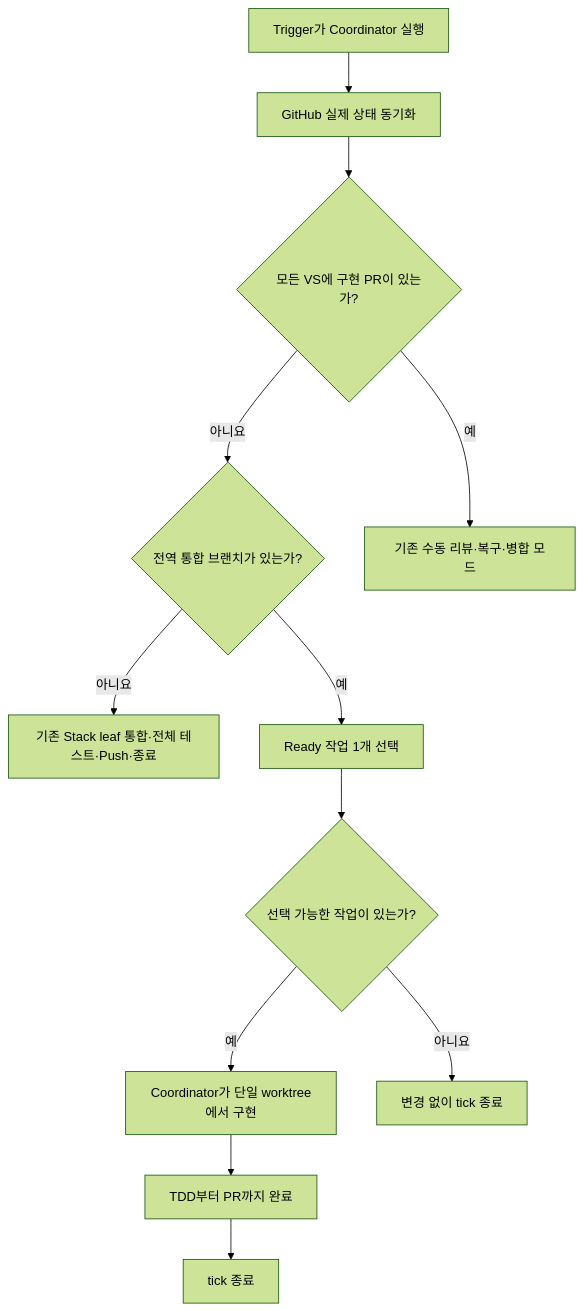
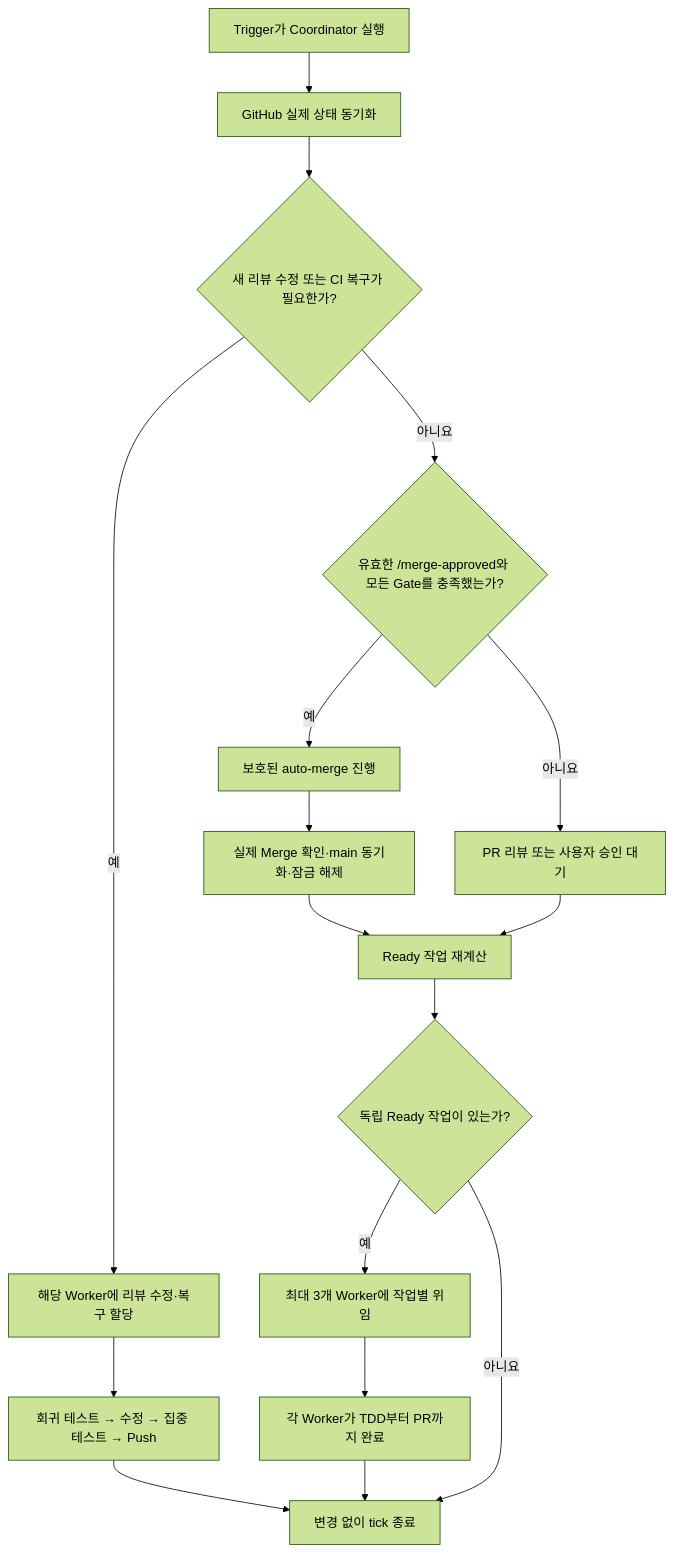
The second of 6 diagrams in docs/workflow/AGENT_WORKFLOW_GUIDE.md (OpenSeedDev/openseed-be), drawn with Mermaid (forest theme) before and after one commit. The commit also changed other lines of this file and 15 other files, not shown here.

Commit message:
chore: 병렬 수직 슬라이스 워크플로우 복원

````diff
--- a/docs/workflow/AGENT_WORKFLOW_GUIDE.md
+++ b/docs/workflow/AGENT_WORKFLOW_GUIDE.md
@@ -111,14 +106,19 @@
 ```mermaid
 flowchart TD
   A["Trigger가 Coordinator 실행"] --> B["GitHub 실제 상태 동기화"]
-  B --> C{"모든 VS에 구현 PR이 있는가?"}
-  C -- "아니요" --> T{"전역 통합 브랜치가 있는가?"}
-  T -- "아니요" --> U["기존 Stack leaf 통합·전체 테스트·Push·종료"]
-  T -- "예" --> J["Ready 작업 1개 선택"]
-  J --> K{"선택 가능한 작업이 있는가?"}
-  K -- "예" --> L["Coordinator가 단일 worktree에서 구현"]
-  L --> M["TDD부터 PR까지 완료"]
-  M --> N["tick 종료"]
-  K -- "아니요" --> Z["변경 없이 tick 종료"]
-  C -- "예" --> R["기존 수동 리뷰·복구·병합 모드"]
+  B --> C{"새 리뷰 수정 또는 CI 복구가 필요한가?"}
+  C -- "예" --> D["해당 Worker에 리뷰 수정·복구 할당"]
+  D --> E["회귀 테스트 → 수정 → 집중 테스트 → Push"]
+  E --> N["현재 tick 종료·다음 tick에서 CI 회수"]
+  C -- "아니요" --> F{"유효한 /merge-approved와 모든 Gate를 충족했는가?"}
+  F -- "예" --> G["보호된 auto-merge 진행"]
+  G --> H["실제 Merge 확인·main 동기화·잠금 해제"]
+  F -- "아니요" --> I["PR 리뷰 또는 사용자 승인 대기"]
+  H --> J["Ready 작업 재계산"]
+  I --> J
+  J --> K{"독립 Ready 작업이 있는가?"}
+  K -- "예" --> L["최대 3개 Worker에 작업별 위임"]
+  L --> M["각 Worker가 TDD부터 PR까지 완료"]
+  M --> N
+  K -- "아니요" --> N["변경 없이 tick 종료"]
 ```
````
